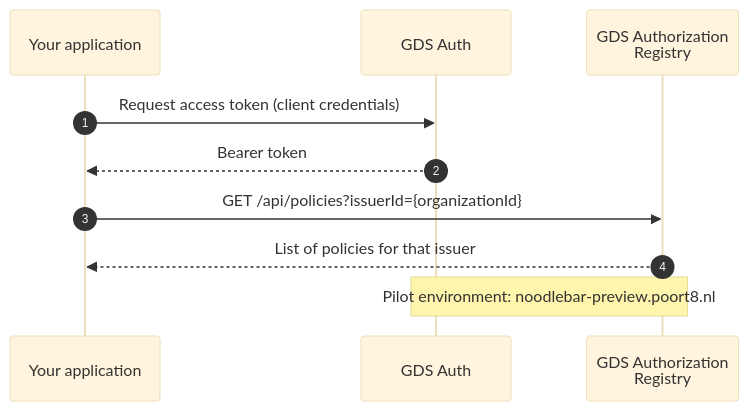
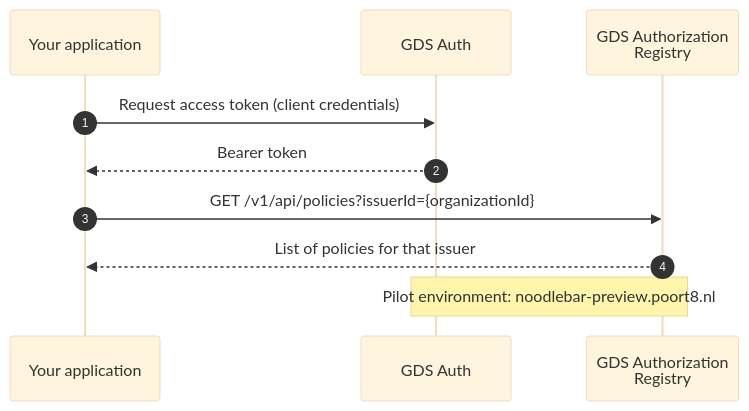
The diagram in gds-deprecated/portal-guide.md (POORT8/Poort8.Docs), drawn with Mermaid (base theme) before and after one commit. The commit also changed other lines of this file and 1 other file, not shown here.

````diff
--- a/gds-deprecated/portal-guide.md
+++ b/gds-deprecated/portal-guide.md
@@ -14,14 +14,14 @@
 ```mermaid
 sequenceDiagram
     autonumber
     participant Client as Your application
     participant Auth as GDS Auth
     participant AR as GDS Authorization<br/>Registry
 
     Client->>Auth: Request access token (client credentials)
     Auth-->>Client: Bearer token
-    Client->>AR: GET /api/policies?issuerId={organizationId}
+    Client->>AR: GET /v1/api/policies?issuerId={organizationId}
     AR-->>Client: List of policies for that issuer
 
     note over Auth,AR: Pilot environment: noodlebar-preview.poort8.nl
 ```
````
